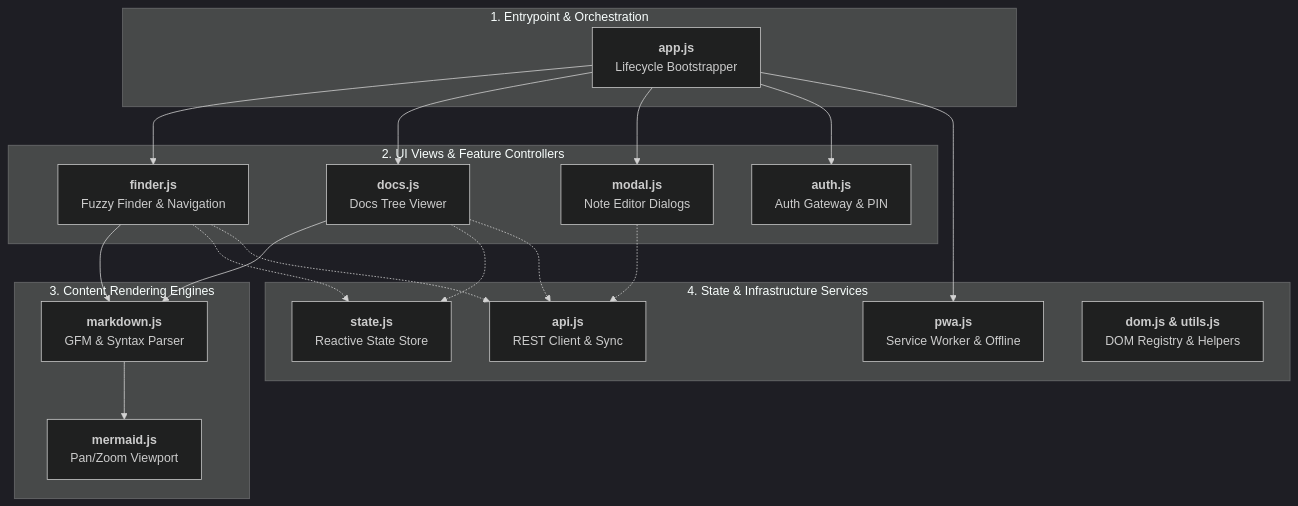
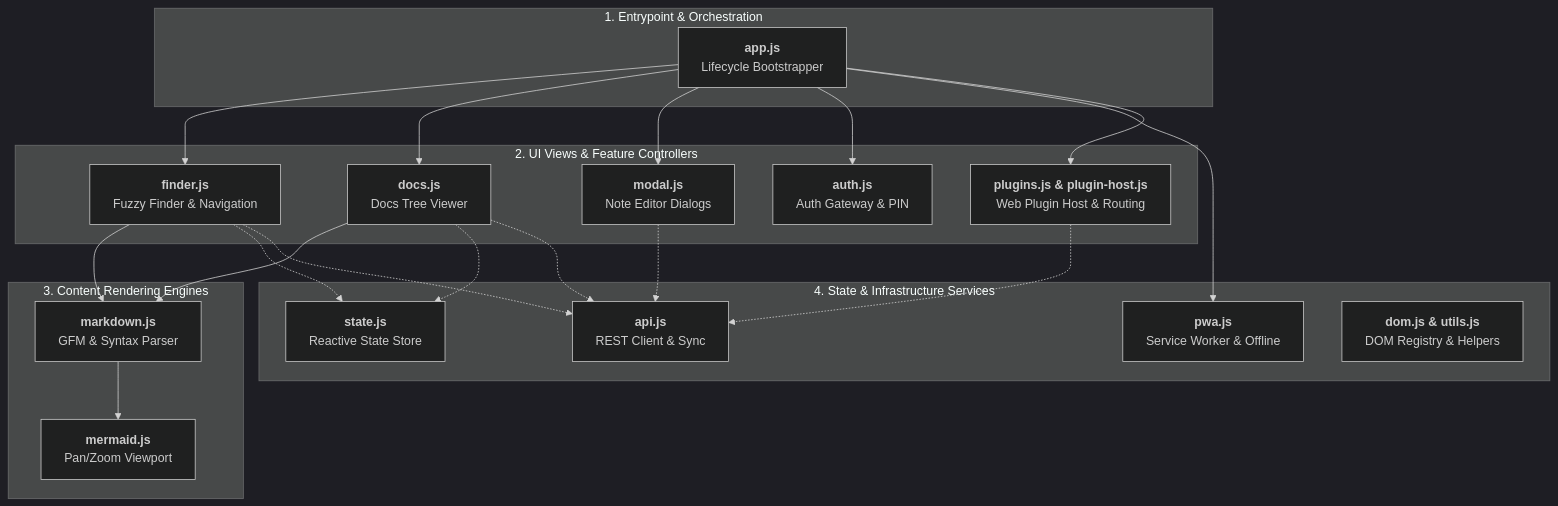
One commit to tsusheel/kb-cli changed the diagram in docs/04-web-fuzzy-finder.md. Above: the diagram before and after it, drawn with Mermaid (dark theme). The commit also changed other lines of this file and 26 other files, not shown here.

````diff
--- a/docs/04-web-fuzzy-finder.md
+++ b/docs/04-web-fuzzy-finder.md
@@ -17,42 +17,45 @@
 ```mermaid
 graph TD
     subgraph S1["1. Entrypoint & Orchestration"]
         App["<b>app.js</b><br/>Lifecycle Bootstrapper"]
     end
 
     subgraph S2["2. UI Views & Feature Controllers"]
         Finder["<b>finder.js</b><br/>Fuzzy Finder & Navigation"]
         Docs["<b>docs.js</b><br/>Docs Tree Viewer"]
         Modal["<b>modal.js</b><br/>Note Editor Dialogs"]
         Auth["<b>auth.js</b><br/>Auth Gateway & PIN"]
+        Plugins["<b>plugins.js & plugin-host.js</b><br/>Web Plugin Host & Routing"]
     end
 
     subgraph S3["3. Content Rendering Engines"]
         Markdown["<b>markdown.js</b><br/>GFM & Syntax Parser"]
         MermaidEngine["<b>mermaid.js</b><br/>Pan/Zoom Viewport"]
     end
 
     subgraph S4["4. State & Infrastructure Services"]
         State["<b>state.js</b><br/>Reactive State Store"]
         API["<b>api.js</b><br/>REST Client & Sync"]
         PWA["<b>pwa.js</b><br/>Service Worker & Offline"]
         Foundation["<b>dom.js & utils.js</b><br/>DOM Registry & Helpers"]
     end
 
     %% Clear, structured hierarchy flows
     App --> Finder
     App --> Docs
     App --> Modal
     App --> Auth
     App --> PWA
+    App --> Plugins
 
     Finder --> Markdown
     Docs --> Markdown
     Markdown --> MermaidEngine
 
     Finder -.-> State
     Docs -.-> State
     Modal -.-> API
     Finder -.-> API
     Docs -.-> API
+    Plugins -.-> API
 ```
````
